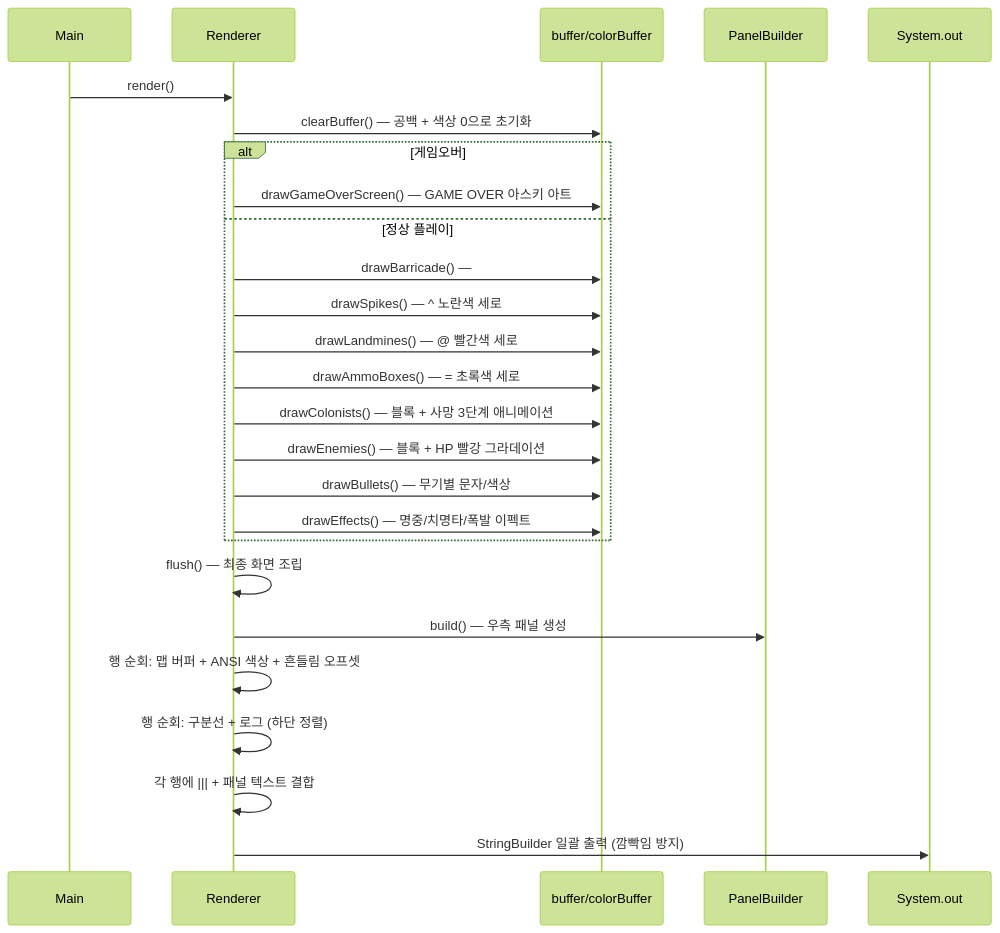
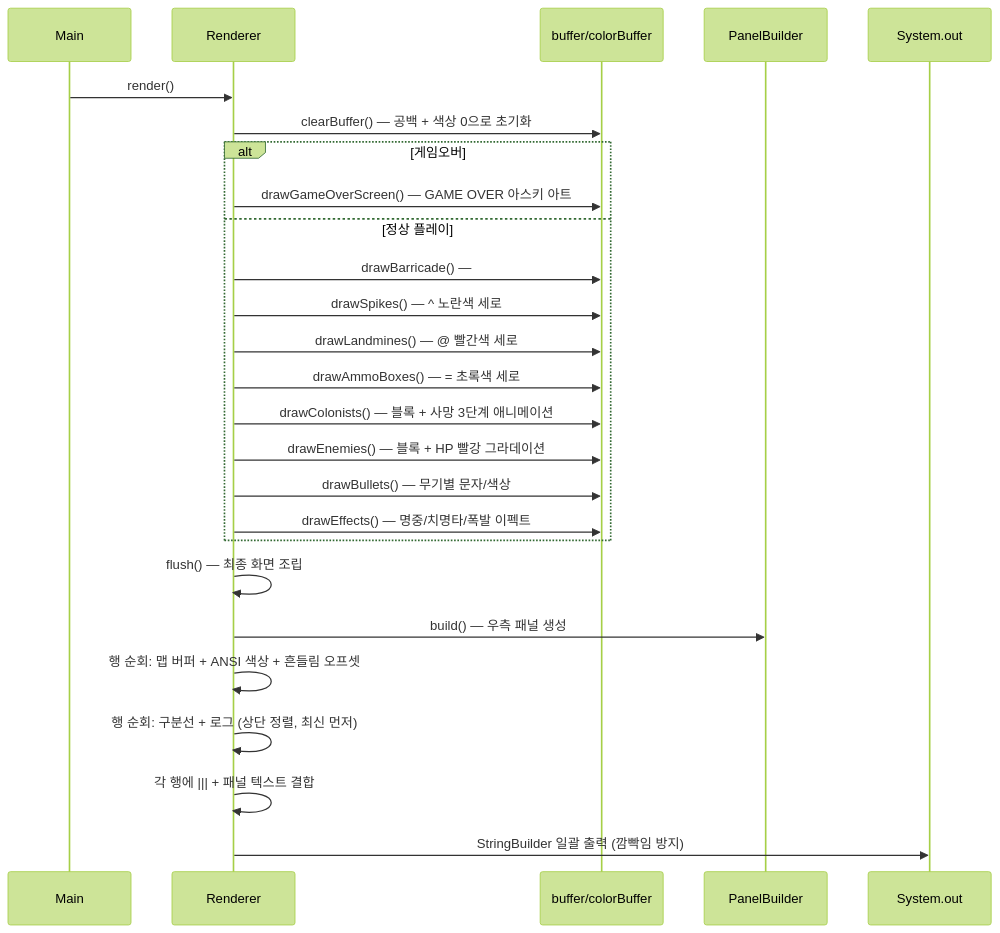
Before and after one commit to weweweme/teamnova_basic_class: diagram 11 of 12 in week6/CLAUDE.md, drawn with Mermaid (forest theme). The commit also changed other lines of this file and 3 other files, not shown here.

````diff
--- a/week6/CLAUDE.md
+++ b/week6/CLAUDE.md
@@ -441,31 +474,31 @@
 ```mermaid
 sequenceDiagram
     participant Main
     participant R as Renderer
     participant Buf as buffer/colorBuffer
     participant PB as PanelBuilder
     participant Out as System.out
 
     Main->>R: render()
     R->>Buf: clearBuffer() — 공백 + 색상 0으로 초기화
 
     alt 게임오버
         R->>Buf: drawGameOverScreen() — GAME OVER 아스키 아트
     else 정상 플레이
         R->>Buf: drawBarricade() — ## 세로벽, 피격/수리 색상
         R->>Buf: drawSpikes() — ^ 노란색 세로
         R->>Buf: drawLandmines() — @ 빨간색 세로
         R->>Buf: drawAmmoBoxes() — = 초록색 세로
         R->>Buf: drawColonists() — 블록 + 사망 3단계 애니메이션
         R->>Buf: drawEnemies() — 블록 + HP 빨강 그라데이션
         R->>Buf: drawBullets() — 무기별 문자/색상
         R->>Buf: drawEffects() — 명중/치명타/폭발 이펙트
     end
 
     R->>R: flush() — 최종 화면 조립
     R->>PB: build() — 우측 패널 생성
     R->>R: 행 순회: 맵 버퍼 + ANSI 색상 + 흔들림 오프셋
-    R->>R: 행 순회: 구분선 + 로그 (하단 정렬)
+    R->>R: 행 순회: 구분선 + 로그 (상단 정렬, 최신 먼저)
     R->>R: 각 행에 ||| + 패널 텍스트 결합
     R->>Out: StringBuilder 일괄 출력 (깜빡임 방지)
 ```
````
